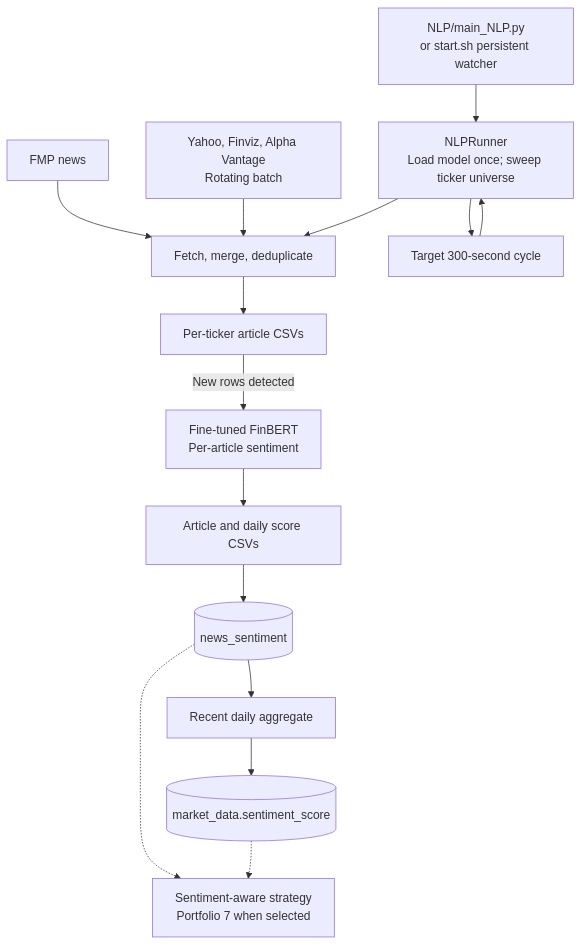
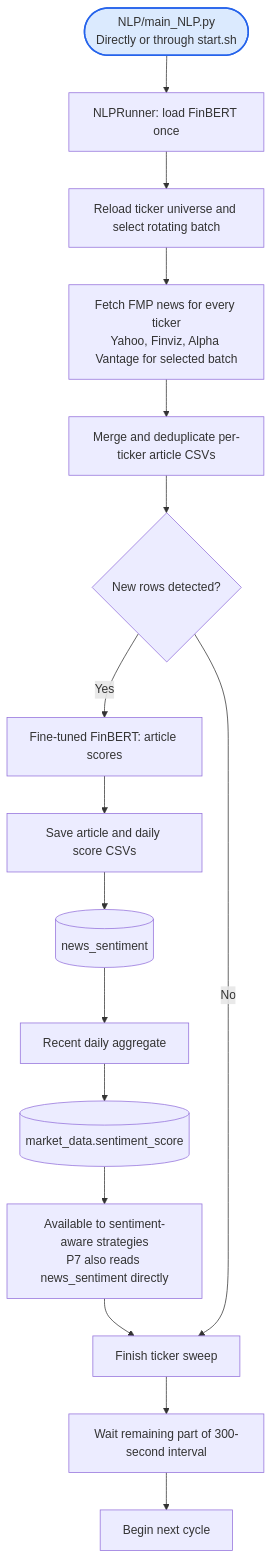
The diagram in docs/workflows/nlp_workflow.md (MUNQuantSociety/MQSMaster), drawn with Mermaid before and after one commit. The commit also changed 12 other files, not shown here.

Commit message:
docs: make workflow diagrams top-down hierarchies

````diff
--- a/docs/workflows/nlp_workflow.md
+++ b/docs/workflows/nlp_workflow.md
@@ -5,17 +5,19 @@
 ```mermaid
 flowchart TD
-    START["NLP/main_NLP.py<br/>or start.sh persistent watcher"] --> RUN["NLPRunner<br/>Load model once; sweep ticker universe"]
-    FMP["FMP news"] --> FETCH["Fetch, merge, deduplicate"]
-    ALT["Yahoo, Finviz, Alpha Vantage<br/>Rotating batch"] --> FETCH
-    RUN --> FETCH
-    FETCH --> CSV["Per-ticker article CSVs"]
-    CSV -->|"New rows detected"| SCORE["Fine-tuned FinBERT<br/>Per-article sentiment"]
-    SCORE --> SCORES["Article and daily score CSVs"]
+    START(["NLP/main_NLP.py<br/>Directly or through start.sh"]) --> RUN["NLPRunner: load FinBERT once"]
+    RUN --> CYCLE["Reload ticker universe and select rotating batch"]
+    CYCLE --> FETCH["Fetch FMP news for every ticker<br/>Yahoo, Finviz, Alpha Vantage for selected batch"]
+    FETCH --> CSV["Merge and deduplicate per-ticker article CSVs"]
+    CSV --> NEW{"New rows detected?"}
+    NEW -->|Yes| SCORE["Fine-tuned FinBERT: article scores"]
+    SCORE --> SCORES["Save article and daily score CSVs"]
     SCORES --> DB[("news_sentiment")]
     DB --> SYNC["Recent daily aggregate"]
     SYNC --> MD[("market_data.sentiment_score")]
-    DB -.-> PORT["Sentiment-aware strategy<br/>Portfolio 7 when selected"]
-    MD -.-> PORT
-    RUN --> WAIT["Target 300-second cycle"]
-    WAIT --> RUN
+    MD --> CONSUMER["Available to sentiment-aware strategies<br/>P7 also reads news_sentiment directly"]
+    CONSUMER --> FINISH["Finish ticker sweep"]
+    NEW -->|No| FINISH
+    FINISH --> WAIT["Wait remaining part of 300-second interval"]
+    WAIT --> NEXT["Begin next cycle"]
+    style START fill:#dbeafe,stroke:#2563eb,stroke-width:2px
 ```
````
